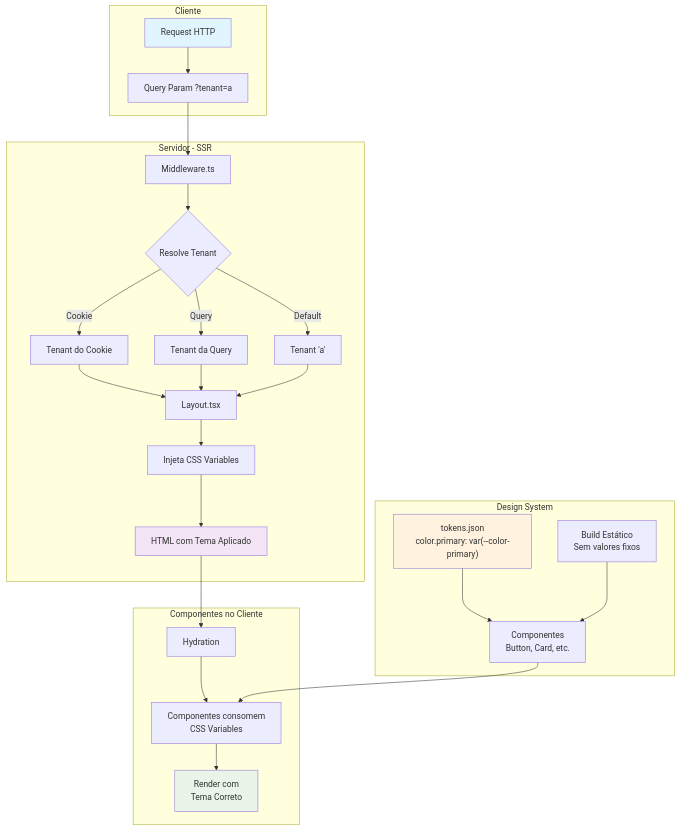
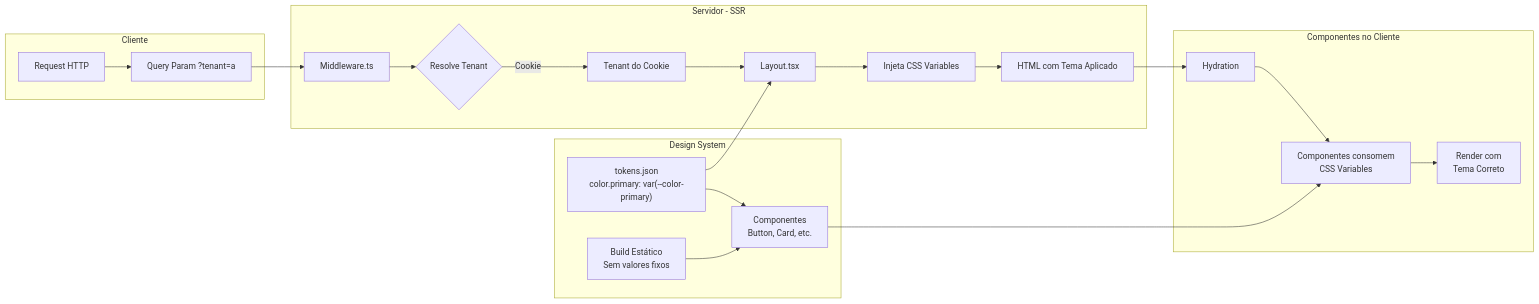
Before and after one commit to dmontone/mfe-whitelabel: the diagram in README.md, drawn with Mermaid. The commit also changed other lines of this file, not shown here.

````diff
--- a/README.md
+++ b/README.md
@@ -122,48 +28,34 @@
 ```mermaid
-graph TB
-    %% Request Flow
+graph LR
     subgraph "Cliente"
         A[Request HTTP] --> B[Query Param ?tenant=a]
     end
     
-    %% Server Processing
     subgraph "Servidor - SSR"
         B --> C[Middleware.ts]
         C --> D{Resolve Tenant}
         D -->|Cookie| E[Tenant do Cookie]
-        D -->|Query| F[Tenant da Query]
-        D -->|Default| G[Tenant 'a']
         
         E --> H[Layout.tsx]
-        F --> H
-        G --> H
         
         H --> I[Injeta CSS Variables]
         I --> J[HTML com Tema Aplicado]
     end
     
-    %% Design System Integration
     subgraph "Design System"
         K["tokens.json<br/>color.primary: var(--color-primary)"]
         L[Componentes<br/>Button, Card, etc.]
         M[Build Estático<br/>Sem valores fixos]
     end
     
-    %% Component Rendering
     subgraph "Componentes no Cliente"
         J --> N[Hydration]
         N --> O[Componentes consomem<br/>CSS Variables]
         O --> P[Render com<br/>Tema Correto]
     end
     
-    %% Connections
     K --> L
     L --> O
     M --> L
-    
-    %% Styling
-    style A fill:#e1f5fe
-    style J fill:#f3e5f5
-    style P fill:#e8f5e8
-    style K fill:#fff3e0
+    K --> H
 ```
````
